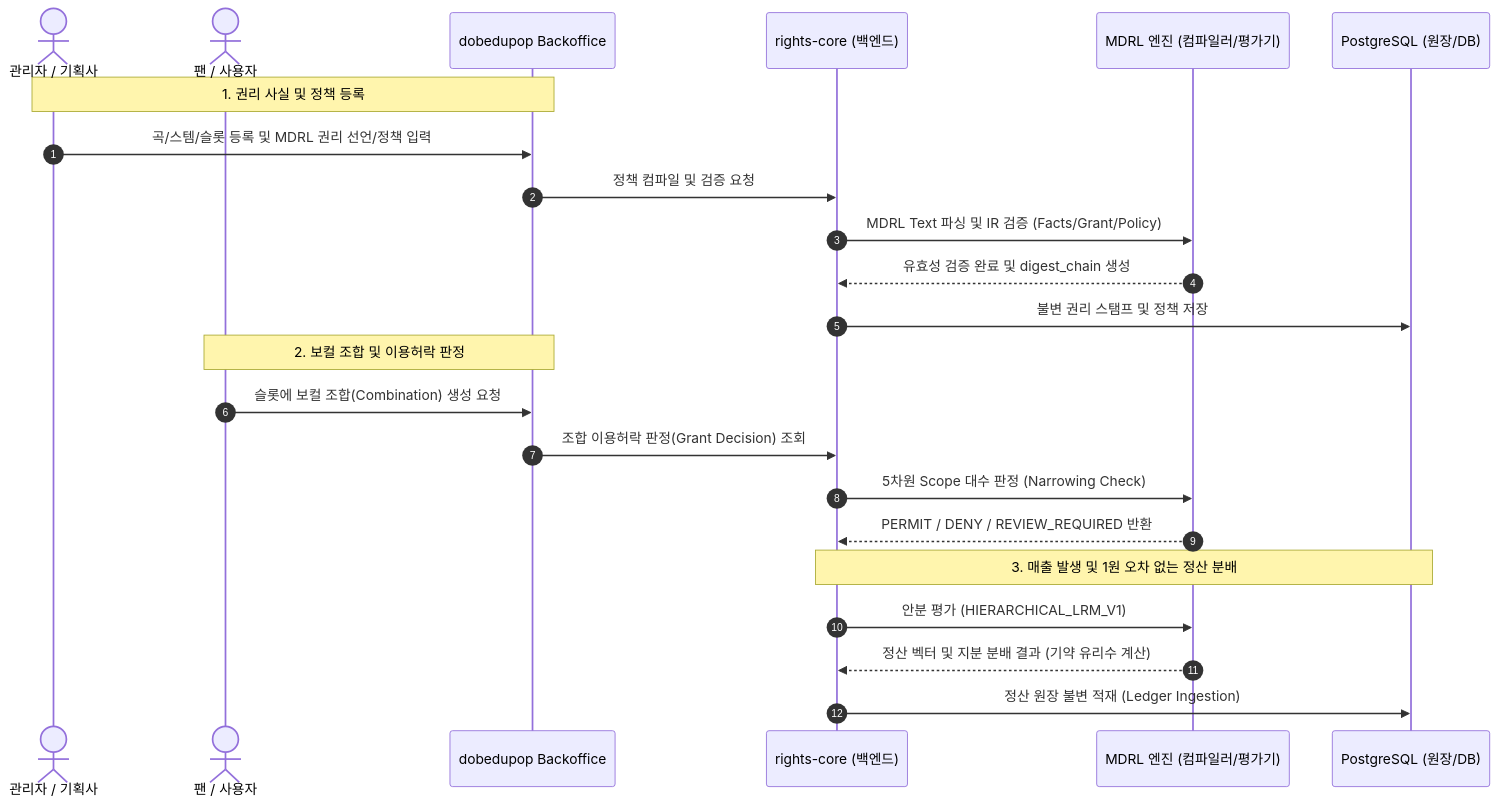
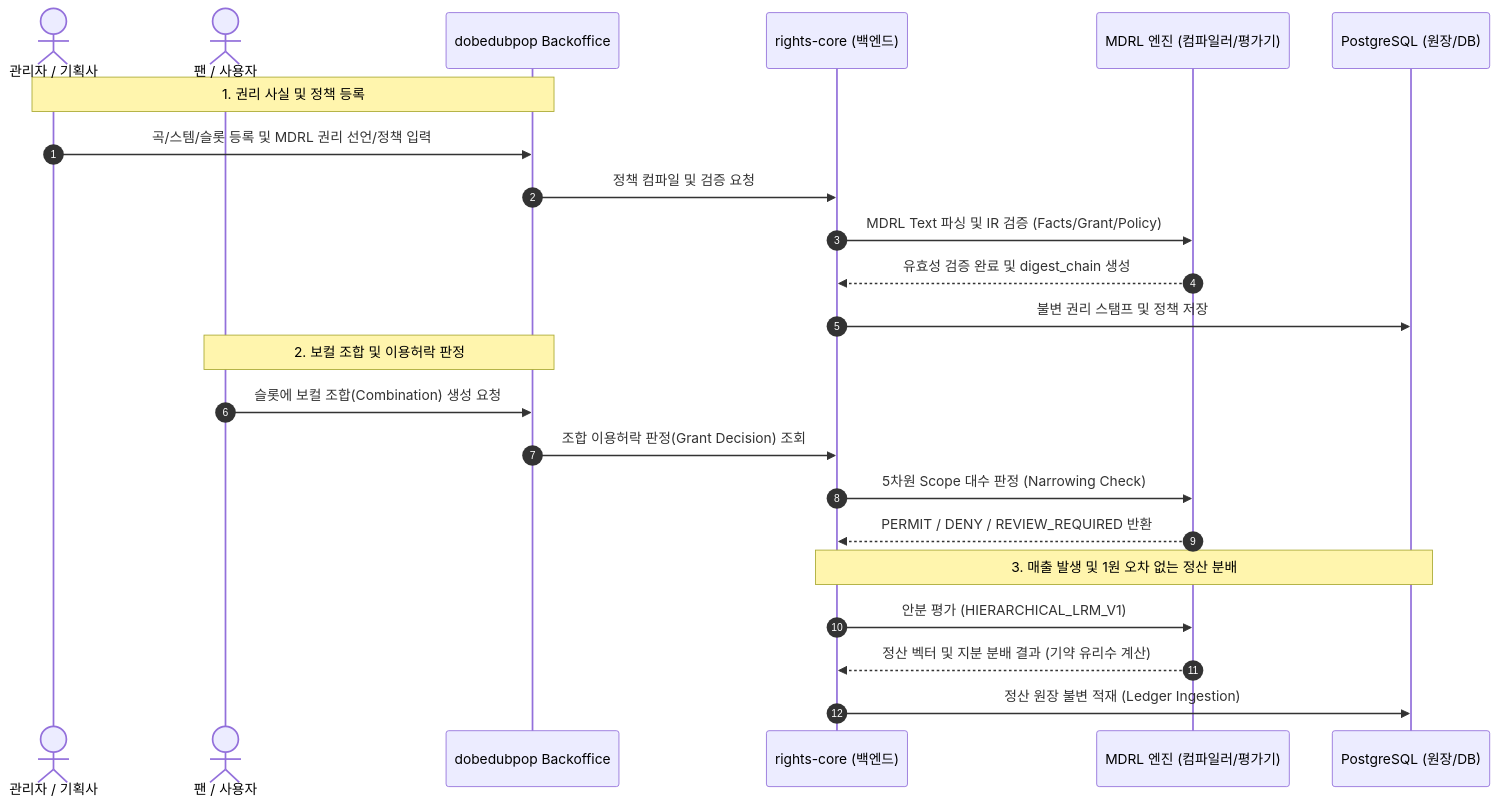
Before and after one commit to changkyuneun-ux/vocal_combination: the second of 2 diagrams in 00_프로젝트_개요/프로젝트_용어_및_아키텍처_맵.md, drawn with Mermaid. The commit also changed other lines of this file and 62 other files, not shown here.

````diff
--- a/00_프로젝트_개요/프로젝트_용어_및_아키텍처_맵.md
+++ b/00_프로젝트_개요/프로젝트_용어_및_아키텍처_맵.md
@@ -38,28 +38,28 @@
 ```mermaid
 sequenceDiagram
     autonumber
     actor Admin as 관리자 / 기획사
     actor User as 팬 / 사용자
-    participant BO as dobedupop Backoffice
+    participant BO as dobedubpop Backoffice
     participant Core as rights-core (백엔드)
     participant Engine as MDRL 엔진 (컴파일러/평가기)
     participant DB as PostgreSQL (원장/DB)
 
     Note over Admin,BO: 1. 권리 사실 및 정책 등록
     Admin->>BO: 곡/스템/슬롯 등록 및 MDRL 권리 선언/정책 입력
     BO->>Core: 정책 컴파일 및 검증 요청
     Core->>Engine: MDRL Text 파싱 및 IR 검증 (Facts/Grant/Policy)
     Engine-->>Core: 유효성 검증 완료 및 digest_chain 생성
     Core->>DB: 불변 권리 스탬프 및 정책 저장
 
     Note over User,BO: 2. 보컬 조합 및 이용허락 판정
     User->>BO: 슬롯에 보컬 조합(Combination) 생성 요청
     BO->>Core: 조합 이용허락 판정(Grant Decision) 조회
     Core->>Engine: 5차원 Scope 대수 판정 (Narrowing Check)
     Engine-->>Core: PERMIT / DENY / REVIEW_REQUIRED 반환
 
     Note over Core,DB: 3. 매출 발생 및 1원 오차 없는 정산 분배
     Core->>Engine: 안분 평가 (HIERARCHICAL_LRM_V1)
     Engine-->>Core: 정산 벡터 및 지분 분배 결과 (기약 유리수 계산)
     Core->>DB: 정산 원장 불변 적재 (Ledger Ingestion)
 ```
````
